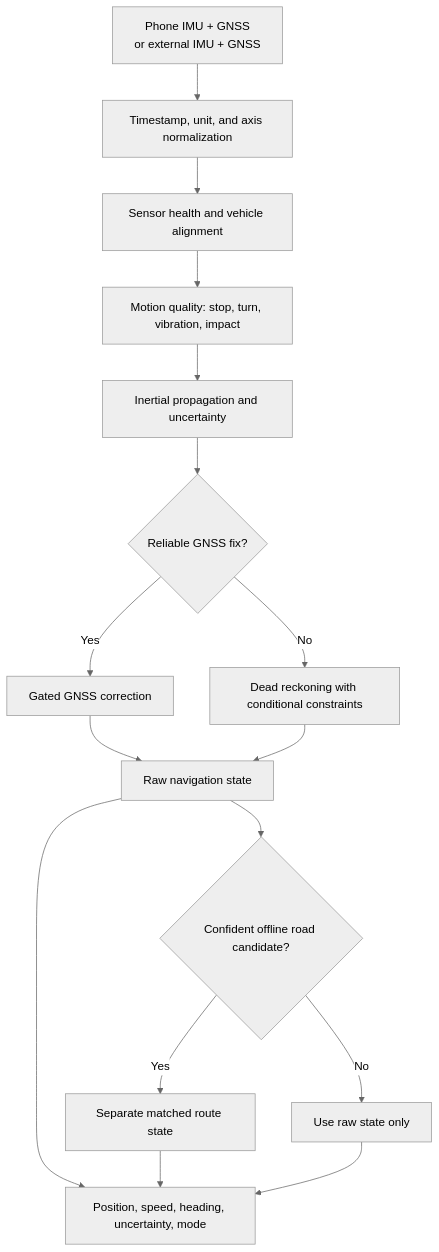
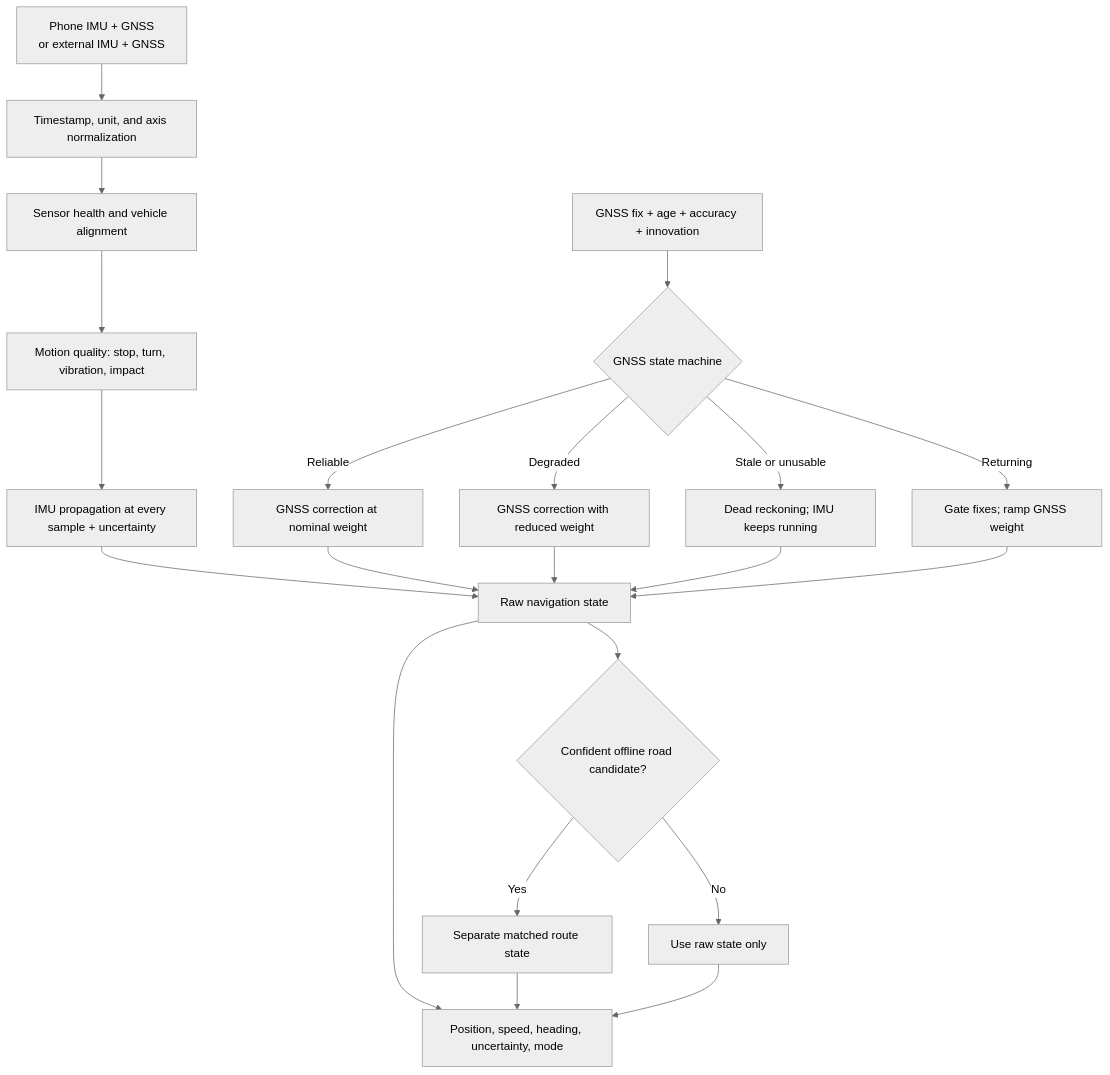
The first of 3 diagrams in docs/PROJECT_DOCUMENTATION.md (THE-GLITCH-CODERS/SIH26168_MVP), drawn with Mermaid (neutral theme) before and after one commit. The commit also changed other lines of this file and 61 other files, not shown here.

Commit message:
IMU PROPAGATION

````diff
--- a/docs/PROJECT_DOCUMENTATION.md
+++ b/docs/PROJECT_DOCUMENTATION.md
@@ -46,18 +46,23 @@
 ```mermaid
 flowchart TD
     A[Phone IMU + GNSS<br/>or external IMU + GNSS] --> B[Timestamp, unit, and axis normalization]
     B --> C[Sensor health and vehicle alignment]
     C --> D[Motion quality: stop, turn, vibration, impact]
-    D --> E[Inertial propagation and uncertainty]
-    E --> F{Reliable GNSS fix?}
-    F -- Yes --> G[Gated GNSS correction]
-    F -- No --> H[Dead reckoning with conditional constraints]
-    G --> I[Raw navigation state]
+    D --> E[IMU propagation at every sample + uncertainty]
+    E --> I[Raw navigation state]
+    F[GNSS fix + age + accuracy + innovation] --> G{GNSS state machine}
+    G -- Reliable --> H[GNSS correction at nominal weight]
+    G -- Degraded --> J[GNSS correction with reduced weight]
+    G -- Stale or unusable --> K[Dead reckoning; IMU keeps running]
+    G -- Returning --> L[Gate fixes; ramp GNSS weight]
     H --> I
-    I --> J{Confident offline road candidate?}
-    J -- Yes --> K[Separate matched route state]
-    J -- No --> L[Use raw state only]
-    I --> M[Position, speed, heading, uncertainty, mode]
-    K --> M
-    L --> M
+    J --> I
+    K --> I
+    L --> I
+    I --> M{Confident offline road candidate?}
+    M -- Yes --> N[Separate matched route state]
+    M -- No --> O[Use raw state only]
+    I --> P[Position, speed, heading, uncertainty, mode]
+    N --> P
+    O --> P
 ```
````
